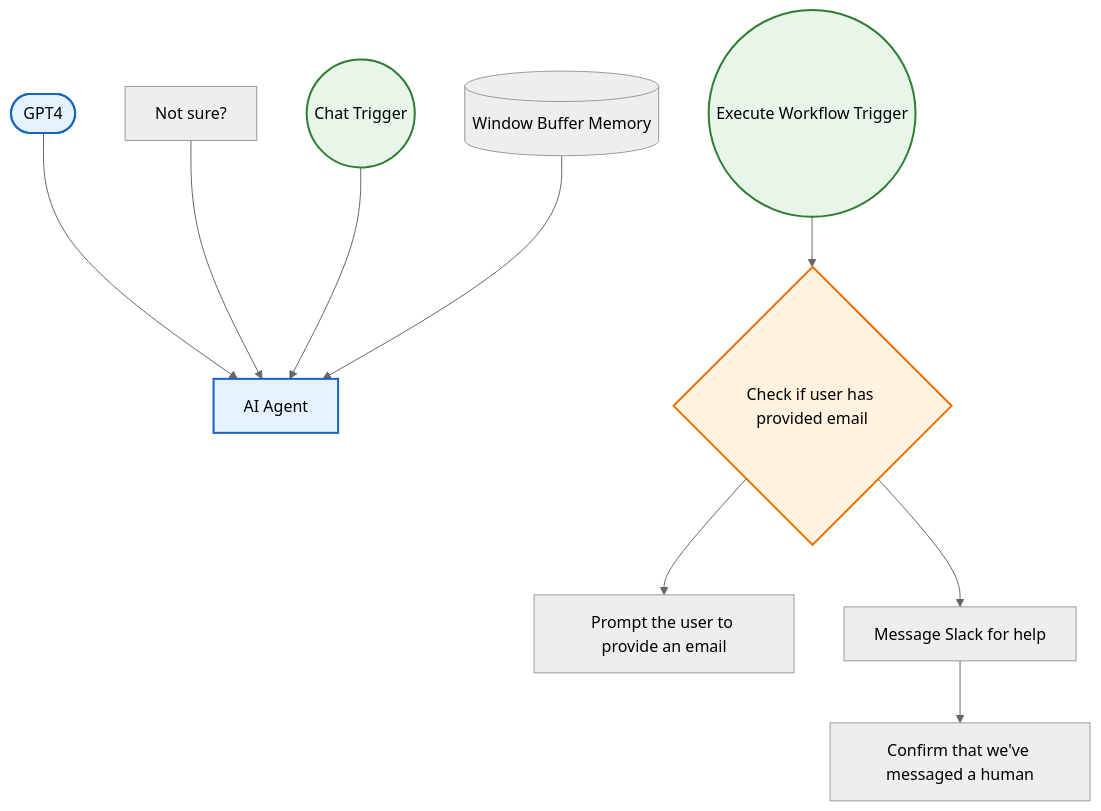
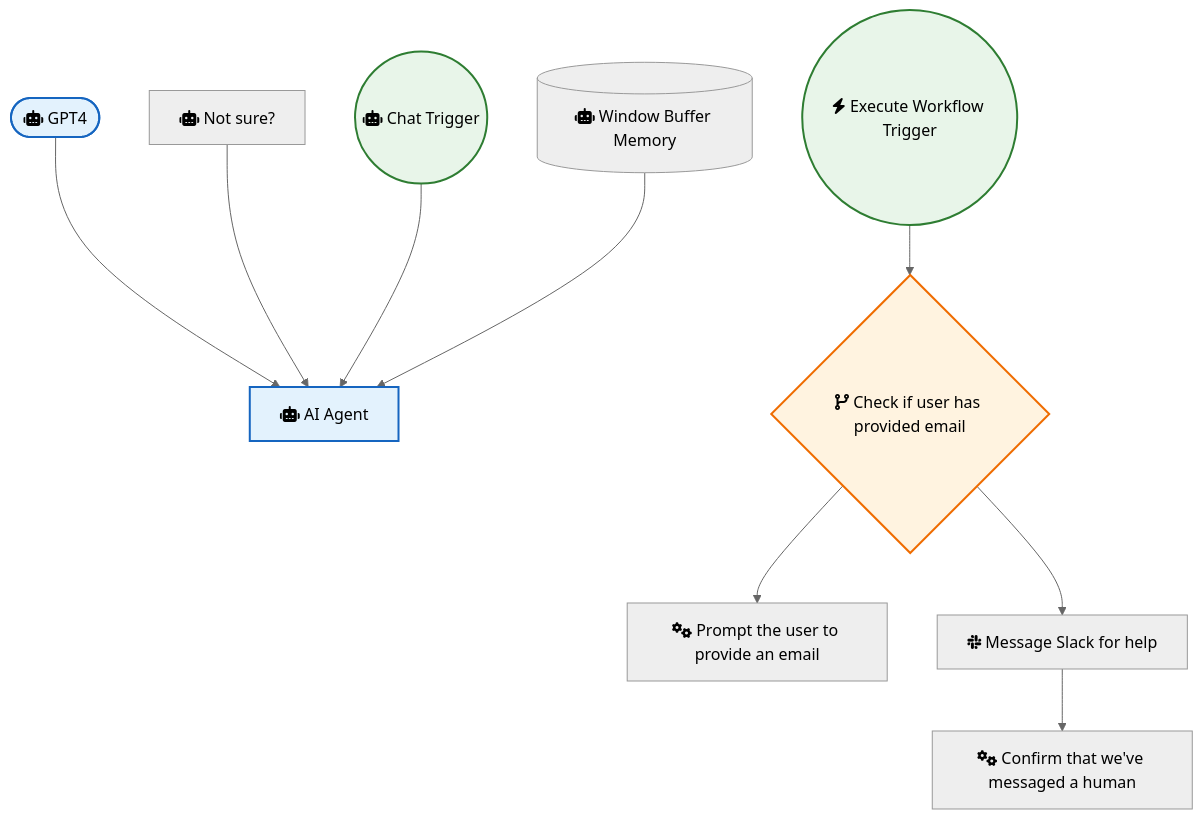
Before and after one commit to sreyash3105/N8N-DEMO-AUTOMATIONS: the diagram in OpenAI_and_LLMs/Ask a Human.md, drawn with Mermaid (neutral theme). The commit also changed 291 other files, not shown here.

````diff
--- a/OpenAI_and_LLMs/Ask a Human.md
+++ b/OpenAI_and_LLMs/Ask a Human.md
@@ -1,26 +1,26 @@
 ```mermaid
 graph TD
     classDef trigger fill:#e8f5e9,stroke:#2e7d32,stroke-width:2px;
     classDef ai fill:#e3f2fd,stroke:#1565c0,stroke-width:2px;
     classDef logic fill:#fff3e0,stroke:#ef6c00,stroke-width:2px;
 
-    Window_Buffer_Memory[("Window Buffer Memory")]
-    Not_sure_["Not sure?"]
-    Execute_Workflow_Trigger(("Execute Workflow Trigger")):::trigger
-    Chat_Trigger(("Chat Trigger")):::trigger
-    Prompt_the_user_to_provide_an_email["Prompt the user to provide an email"]
-    Confirm_that_we_ve_messaged_a_human["Confirm that we've messaged a human"]
-    AI_Agent["AI Agent"]:::ai
-    Check_if_user_has_provided_email{"Check if user has provided email"}:::logic
-    Message_Slack_for_help["Message Slack for help"]
-    GPT4(["GPT4"]):::ai
+    Window_Buffer_Memory[("fas:fa-robot Window Buffer Memory")]
+    Not_sure_["fas:fa-robot Not sure?"]
+    Execute_Workflow_Trigger(("fas:fa-bolt Execute Workflow Trigger")):::trigger
+    Chat_Trigger(("fas:fa-robot Chat Trigger")):::trigger
+    Prompt_the_user_to_provide_an_email["fas:fa-cogs Prompt the user to provide an email"]
+    Confirm_that_we_ve_messaged_a_human["fas:fa-cogs Confirm that we've messaged a human"]
+    AI_Agent["fas:fa-robot AI Agent"]:::ai
+    Check_if_user_has_provided_email{"fas:fa-code-branch Check if user has provided email"}:::logic
+    Message_Slack_for_help["fab:fa-slack Message Slack for help"]
+    GPT4(["fas:fa-robot GPT4"]):::ai
 
     GPT4 --> AI_Agent
     Not_sure_ --> AI_Agent
     Chat_Trigger --> AI_Agent
     Window_Buffer_Memory --> AI_Agent
     Message_Slack_for_help --> Confirm_that_we_ve_messaged_a_human
     Execute_Workflow_Trigger --> Check_if_user_has_provided_email
     Check_if_user_has_provided_email --> Message_Slack_for_help
     Check_if_user_has_provided_email --> Prompt_the_user_to_provide_an_email
 ```
````
